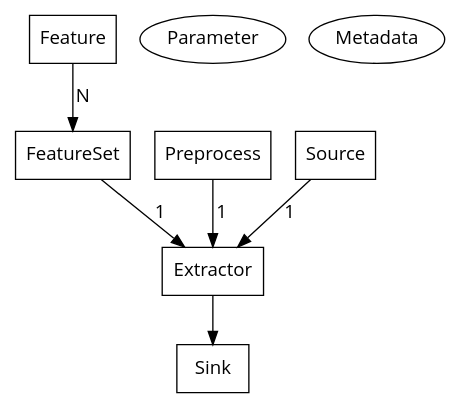
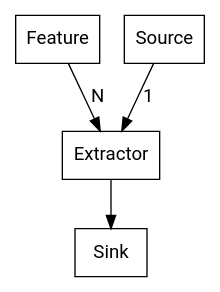
One commit to SiggiGue/sigfeat changed the diagram in docs/diagram.dot. Above: the diagram before and after it, drawn with Graphviz. The commit also changed 3 other files, not shown here.

Commit message:
Extends readme and adapts diagram.

```diff
--- a/docs/diagram.dot
+++ b/docs/diagram.dot
@@ -1,15 +1,9 @@
 digraph sigfeat {
-  F -> FS [label=" N" fontname="Open Sans"];
-  FS -> E [label=" 1" fontname="Open Sans"] ;
-  Pre -> E [label=" 1" fontname="Open Sans"];
-  Src -> E [label=" 1" fontname="Open Sans"];
+  F -> E [label=" N" fontname="Roboto"];
+  Src -> E [label=" 1" fontname="Roboto"];
   E -> Snk;
-  P[label="Parameter" fontname="Open Sans"];
-  M[label="Metadata" fontname="Open Sans"];
-  F[label="Feature" shape=box fontname="Open Sans"];
-  FS[label="FeatureSet" shape=box fontname="Open Sans"];
-  E[label="Extractor" shape=box fontname="Open Sans"];
-  Pre[label="Preprocess" shape=box fontname="Open Sans"];
-  Snk[label="Sink" shape=box fontname="Open Sans"];
-  Src[label="Source" shape=box fontname="Open Sans"];
+  F[label="Feature" shape=box fontname="Roboto"];
+  E[label="Extractor" shape=box fontname="Roboto"];
+  Snk[label="Sink" shape=box fontname="Roboto"];
+  Src[label="Source" shape=box fontname="Roboto"];
 }
```
